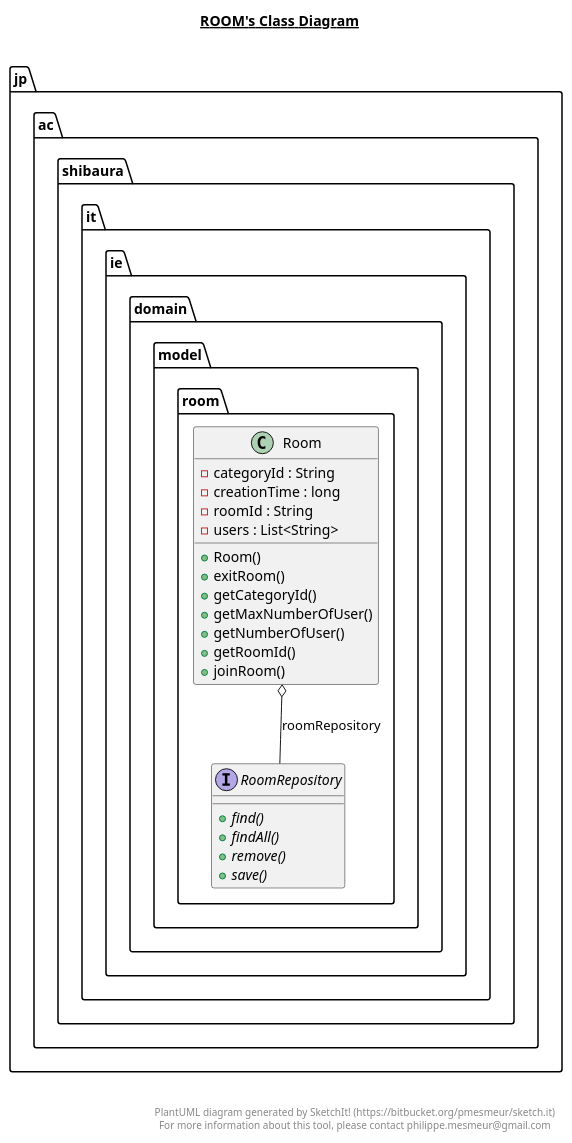
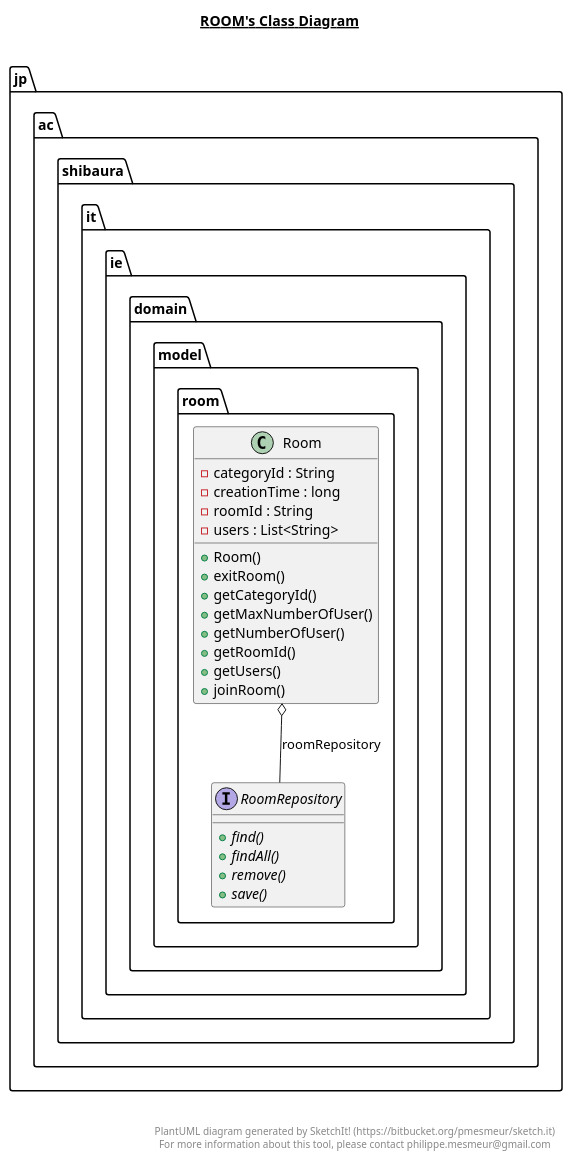
One commit to THEToilet/chatLobbyServer changed the diagram in target/classes/jp/ac/shibaura/it/ie/domain/model/room/room.plantuml. Above: the diagram before and after it, drawn with PlantUML. The commit also changed 74 other files, not shown here.

```diff
--- a/target/classes/jp/ac/shibaura/it/ie/domain/model/room/room.plantuml
+++ b/target/classes/jp/ac/shibaura/it/ie/domain/model/room/room.plantuml
@@ -1,46 +1,47 @@
 @startuml
 
 title __ROOM's Class Diagram__\n
 
   namespace jp.ac.shibaura.it.ie {
     namespace domain.model.room {
       class jp.ac.shibaura.it.ie.domain.model.room.Room {
           - categoryId : String
           - creationTime : long
           - roomId : String
           - users : List<String>
           + Room()
           + exitRoom()
           + getCategoryId()
           + getMaxNumberOfUser()
           + getNumberOfUser()
           + getRoomId()
+          + getUsers()
           + joinRoom()
       }
     }
   }
   
 
   namespace jp.ac.shibaura.it.ie {
     namespace domain.model.room {
       interface jp.ac.shibaura.it.ie.domain.model.room.RoomRepository {
           {abstract} + find()
           {abstract} + findAll()
           {abstract} + remove()
           {abstract} + save()
       }
     }
   }
   
 
   jp.ac.shibaura.it.ie.domain.model.room.Room o-- jp.ac.shibaura.it.ie.domain.model.room.RoomRepository : roomRepository
 
 
 right footer
 
 
 PlantUML diagram generated by SketchIt! (https://bitbucket.org/pmesmeur/sketch.it)
 For more information about this tool, please contact philippe.mesmeur@gmail.com
 endfooter
 
 @enduml
```
